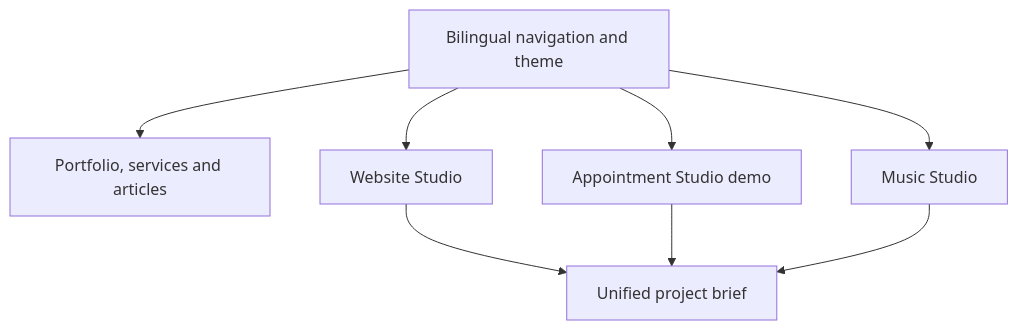
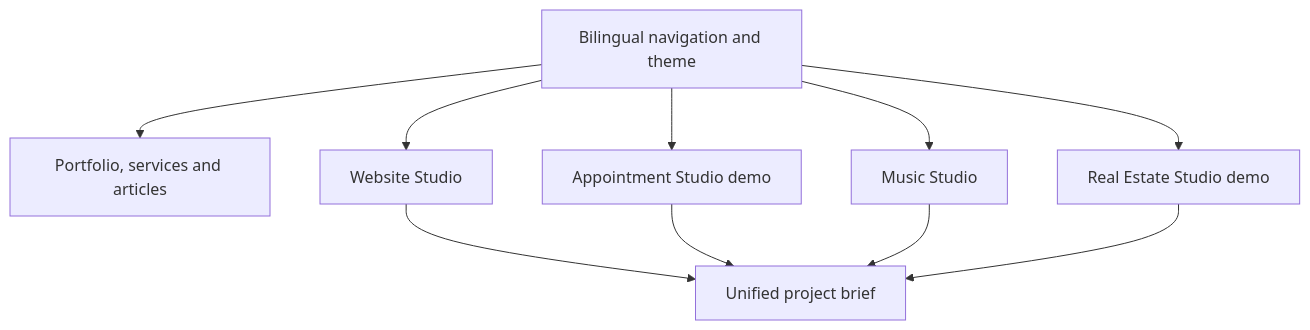
One commit to SCanerG/Scgenco.com-Showcase changed the second of 4 diagrams in docs/ARCHITECTURE.md. Above: the diagram before and after it, drawn with Mermaid. The commit also changed other lines of this file and 6 other files, not shown here.

Commit message:
docs: showcase real estate studio and updated SG brand experience

````diff
--- a/docs/ARCHITECTURE.md
+++ b/docs/ARCHITECTURE.md
@@ -22,10 +22,12 @@
 ```mermaid
 flowchart TD
   Shell["Bilingual navigation and theme"] --> Pages["Portfolio, services and articles"]
   Shell --> Web["Website Studio"]
   Shell --> Booking["Appointment Studio demo"]
   Shell --> Song["Music Studio"]
+  Shell --> Estate["Real Estate Studio demo"]
   Web --> Brief["Unified project brief"]
   Booking --> Brief
   Song --> Brief
+  Estate --> Brief
 ```
````
